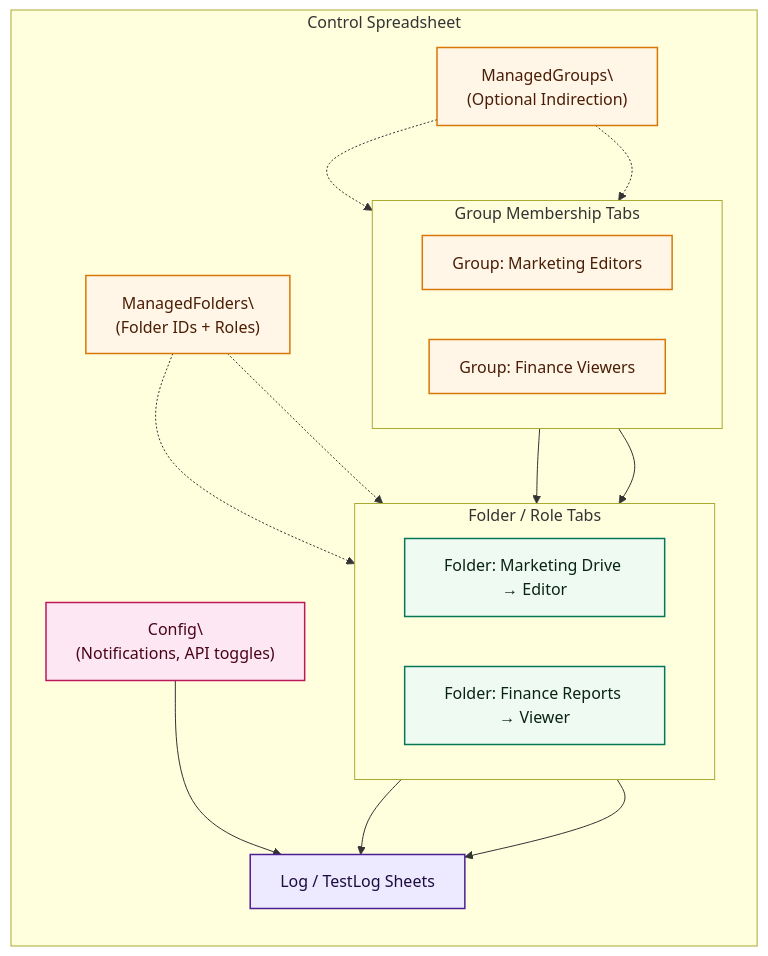
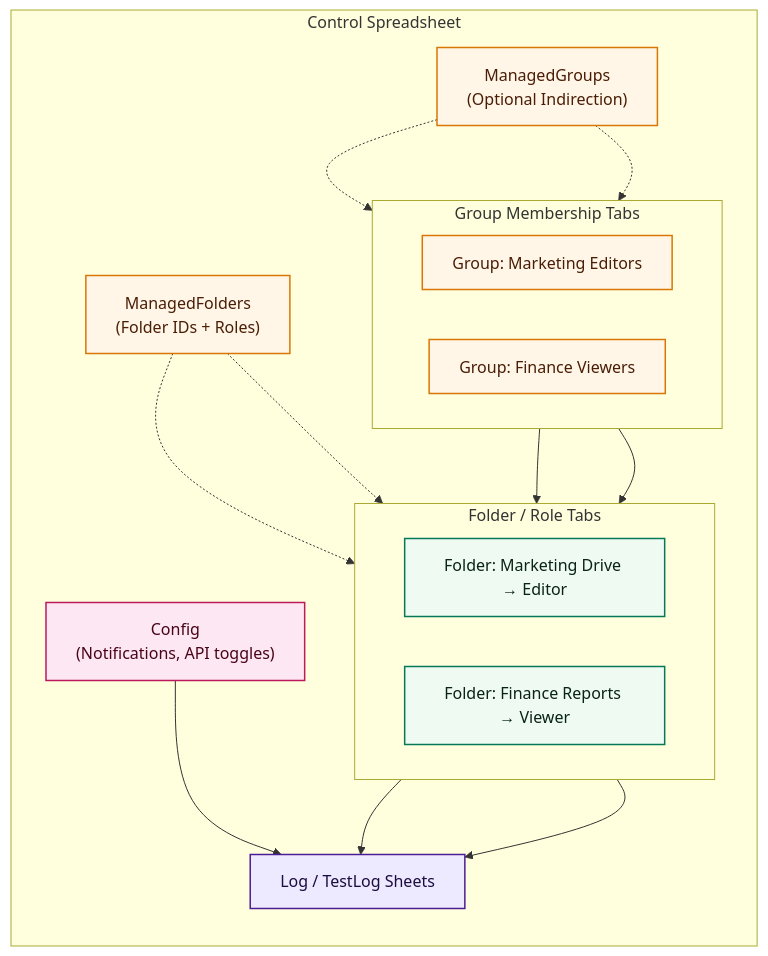
One commit to davidf9999/gdrive_permissions1 changed the fourth of 4 diagrams in README.md. Above: the diagram before and after it, drawn with Mermaid. The commit also changed other lines of this file, not shown here.

Commit message:
docs: clarify diagrams and roles

````diff
--- a/README.md
+++ b/README.md
@@ -110,40 +145,43 @@
 ```mermaid
 flowchart TD
   subgraph ControlSheet[Control Spreadsheet]
     direction TB
-    ManagedFolders["ManagedFolders\\n(Folder IDs + Roles)"]
-    ManagedGroups["ManagedGroups\\n(Optional Indirection)"]
+    ManagedFolders["ManagedFolders
+(Folder IDs + Roles)"]
+    ManagedGroups["ManagedGroups
+(Optional Indirection)"]
     subgraph GroupTabs[Group Membership Tabs]
       direction LR
       GroupSheet1[Group: Marketing Editors]
       GroupSheet2[Group: Finance Viewers]
     end
     subgraph FolderRoleTabs[Folder / Role Tabs]
       direction LR
       FolderSheet1[Folder: Marketing Drive → Editor]
       FolderSheet2[Folder: Finance Reports → Viewer]
     end
-    Config["Config\\n(Notifications, API toggles)"]
+    Config["Config
+(Notifications, API toggles)"]
     Logs["Log / TestLog Sheets"]
   end
 
   ManagedFolders -.-> FolderSheet1
   ManagedFolders -.-> FolderSheet2
   ManagedGroups -.-> GroupSheet1
   ManagedGroups -.-> GroupSheet2
   GroupSheet1 --> FolderSheet1
   GroupSheet2 --> FolderSheet2
   FolderSheet1 --> Logs
   FolderSheet2 --> Logs
   Config --> Logs
 
   classDef default fill:#f4fbff,stroke:#1463a5,stroke-width:1.5px,color:#0d273d;
   classDef group fill:#fff6e8,stroke:#d97706,color:#4a1d05;
   classDef folder fill:#effaf3,stroke:#047857,color:#092314;
   classDef config fill:#fce7f3,stroke:#be185d,color:#4a0418;
   classDef log fill:#ede9fe,stroke:#4c1d95,color:#1c0c3f;
   class ManagedFolders,ManagedGroups,GroupSheet1,GroupSheet2 group;
   class FolderSheet1,FolderSheet2 folder;
   class Config config;
   class Logs log;
 ```
````
